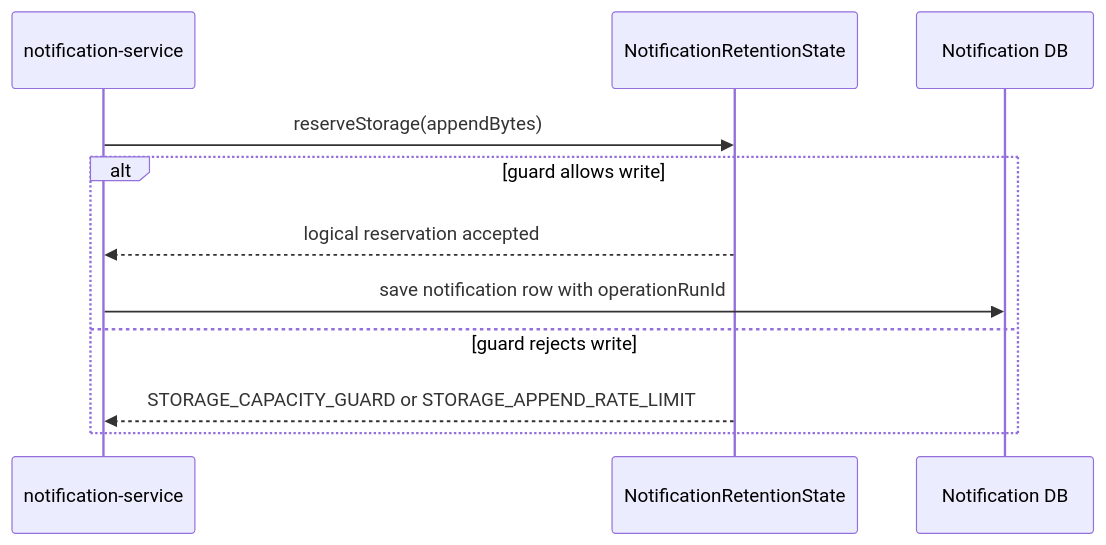
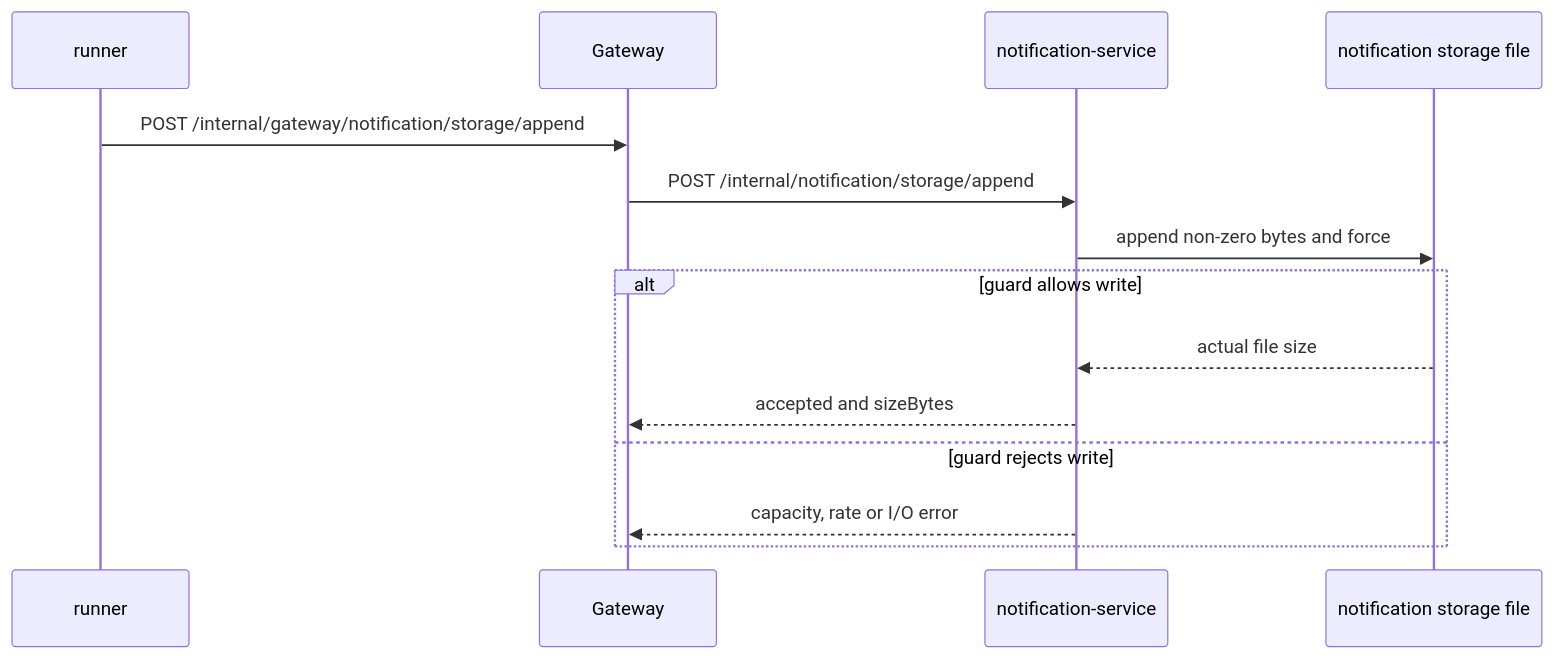
Before and after one commit to asatasinon/mall-chaos: the diagram in traffic-control-plane/src/content/runbook/en/notification-storage-append.md, drawn with Mermaid. The commit also changed other lines of this file and 22 other files, not shown here.

````diff
--- a/traffic-control-plane/src/content/runbook/en/notification-storage-append.md
+++ b/traffic-control-plane/src/content/runbook/en/notification-storage-append.md
@@ -15,13 +15,16 @@
 ```mermaid
 sequenceDiagram
+  participant R as runner
+  participant G as Gateway
   participant N as notification-service
-  participant S as NotificationRetentionState
-  participant DB as Notification DB
-  N->>S: reserveStorage(appendBytes)
+  participant FS as notification storage file
+  R->>G: POST /internal/gateway/notification/storage/append
+  G->>N: POST /internal/notification/storage/append
+  N->>FS: append non-zero bytes and force
   alt guard allows write
-    S-->>N: logical reservation accepted
-    N->>DB: save notification row with operationRunId
+    FS-->>N: actual file size
+    N-->>G: accepted and sizeBytes
   else guard rejects write
-    S-->>N: STORAGE_CAPACITY_GUARD or STORAGE_APPEND_RATE_LIMIT
+    N-->>G: capacity, rate or I/O error
   end
 ```
````
